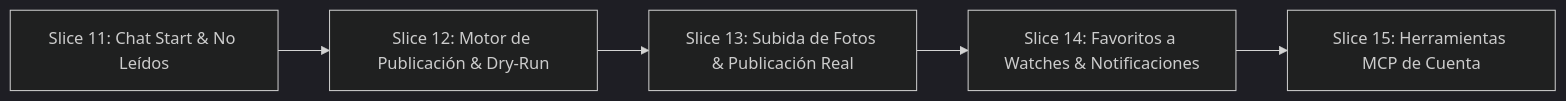
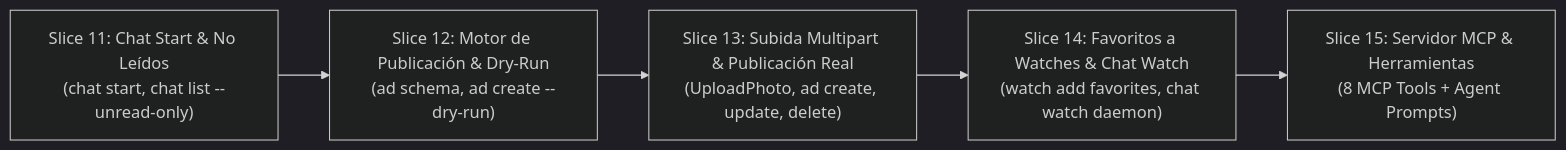
Before and after one commit to gek0v/milanuncios-cli: the fourth of 4 diagrams in docs/milanuncios-cli/02-account-actions-specification.md, drawn with Mermaid (dark theme). The commit also changed other lines of this file, not shown here.

Commit message:
docs: enrich account actions spec for agent-first declarative workflows

````diff
--- a/docs/milanuncios-cli/02-account-actions-specification.md
+++ b/docs/milanuncios-cli/02-account-actions-specification.md
@@ -556,7 +964,13 @@
 ```mermaid
 flowchart LR
-    S11["Slice 11: Chat Start & No Leídos"] --> S12["Slice 12: Motor de Publicación & Dry-Run"]
-    S12 --> S13["Slice 13: Subida de Fotos & Publicación Real"]
-    S13 --> S14["Slice 14: Favoritos a Watches & Notificaciones"]
-    S14 --> S15["Slice 15: Herramientas MCP de Cuenta"]
+    S11["Slice 11: Chat Start & No Leídos\n(chat start, chat list --unread-only)"]
+    S12["Slice 12: Motor de Publicación & Dry-Run\n(ad schema, ad create --dry-run)"]
+    S13["Slice 13: Subida Multipart & Publicación Real\n(UploadPhoto, ad create, update, delete)"]
+    S14["Slice 14: Favoritos a Watches & Chat Watch\n(watch add favorites, chat watch daemon)"]
+    S15["Slice 15: Servidor MCP & Herramientas\n(8 MCP Tools + Agent Prompts)"]
+
+    S11 --> S12
+    S12 --> S13
+    S13 --> S14
+    S14 --> S15
 ```
````
